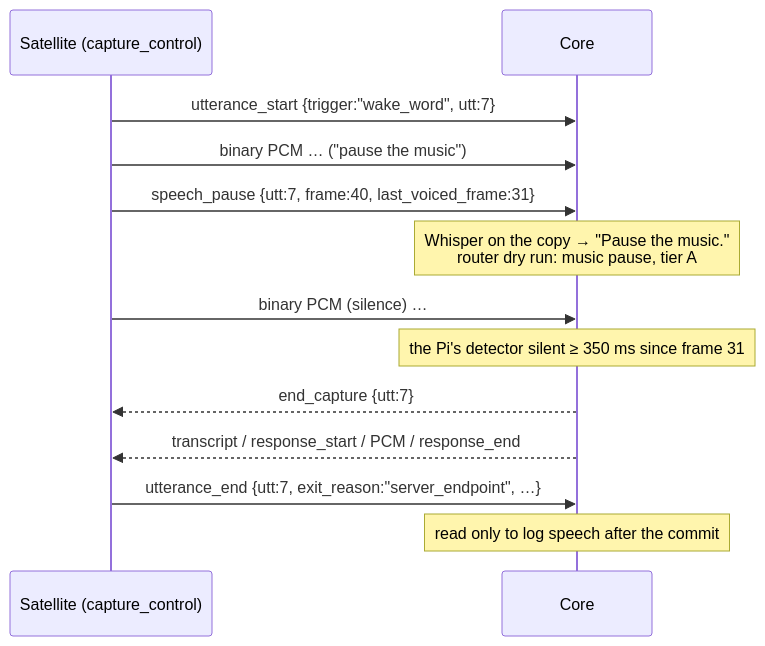
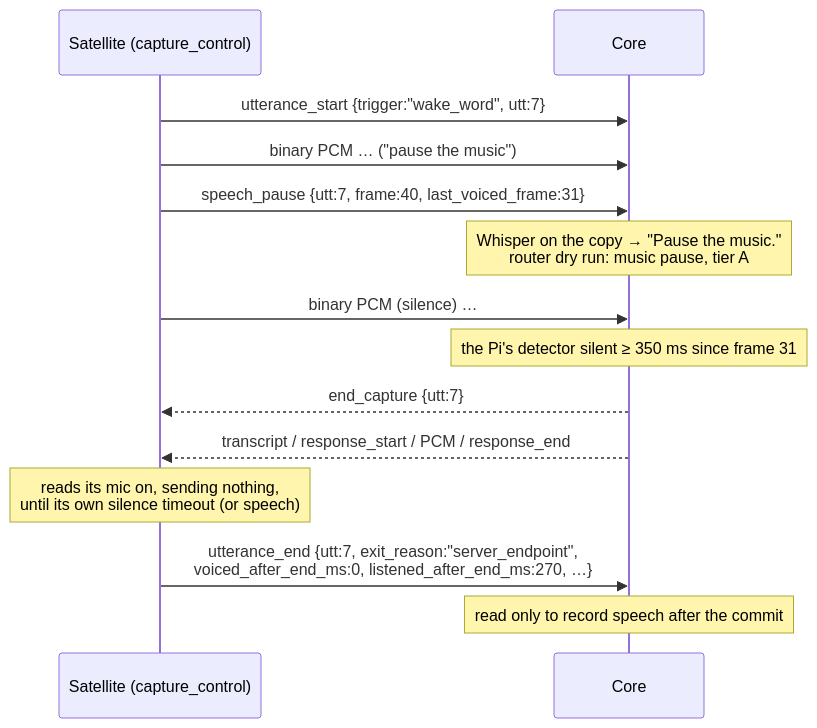
One commit to coders-farm-official/domovoi changed the second of 3 diagrams in docs/uml/satellite-protocol.md. Above: the diagram before and after it, drawn with Mermaid. The commit also changed other lines of this file and 22 other files, not shown here.

````diff
--- a/docs/uml/satellite-protocol.md
+++ b/docs/uml/satellite-protocol.md
@@ -180,15 +183,16 @@
 ```mermaid
 sequenceDiagram
     participant Pi as Satellite (capture_control)
     participant S as Core
     Pi->>S: utterance_start {trigger:"wake_word", utt:7}
     Pi->>S: binary PCM … ("pause the music")
     Pi->>S: speech_pause {utt:7, frame:40, last_voiced_frame:31}
     Note over S: Whisper on the copy → "Pause the music."<br/>router dry run: music pause, tier A
     Pi->>S: binary PCM (silence) …
     Note over S: the Pi's detector silent ≥ 350 ms since frame 31
     S-->>Pi: end_capture {utt:7}
     S-->>Pi: transcript / response_start / PCM / response_end
-    Pi->>S: utterance_end {utt:7, exit_reason:"server_endpoint", …}
-    Note over S: read only to log speech after the commit
+    Note over Pi: reads its mic on, sending nothing,<br/>until its own silence timeout (or speech)
+    Pi->>S: utterance_end {utt:7, exit_reason:"server_endpoint",<br/>voiced_after_end_ms:0, listened_after_end_ms:270, …}
+    Note over S: read only to record speech after the commit
 ```
````
